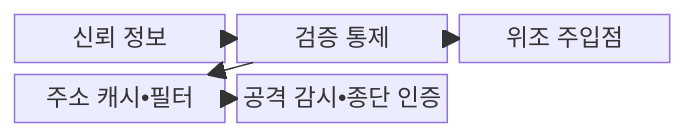
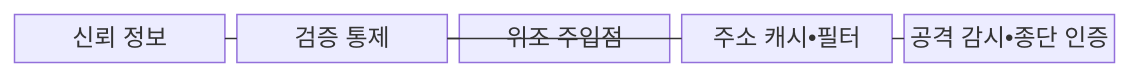
The first of 2 diagrams in src/content/docs/notes/05-security/024_network_spoofing.md (agnusdei1207/knowledge-base), drawn with Mermaid before and after one commit. The commit also changed other lines of this file and 493 other files, not shown here.

````diff
--- a/src/content/docs/notes/05-security/024_network_spoofing.md
+++ b/src/content/docs/notes/05-security/024_network_spoofing.md
@@ -67,13 +67,13 @@
 ```mermaid
-block
-    columns 3
+block-beta
+    columns 5
     T["신뢰 정보"]
     V["검증 통제"]
     A["위조 주입점"]
     C["주소 캐시•필터"]
     F["공격 감시•종단 인증"]
-    T --> V
-    A --> V
-    V --> C
-    C --> F
+    T --- V
+    A --- V
+    V --- C
+    C --- F
 ```
````
